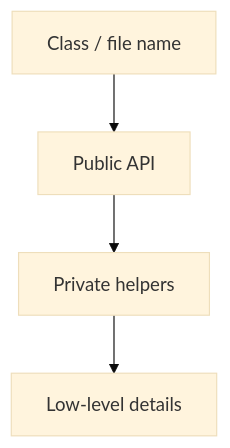
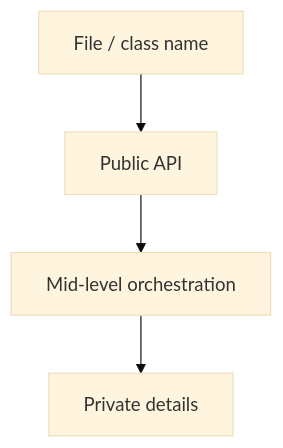
The first of 2 diagrams in _cleancode/ch05-formatting.md (pmagnomuller/pmagnomuller.github.io), drawn with Mermaid (base theme) before and after one commit. The commit also changed other lines of this file and 28 other files, not shown here.

````diff
--- a/_cleancode/ch05-formatting.md
+++ b/_cleancode/ch05-formatting.md
@@ -20,6 +35,6 @@
 ```mermaid
 flowchart TD
-  Name[Class / file name] --> Public[Public API]
-  Public --> Helpers[Private helpers]
-  Helpers --> Details[Low-level details]
+  Name[File / class name] --> Public[Public API]
+  Public --> Mid[Mid-level orchestration]
+  Mid --> Low[Private details]
 ```
````
